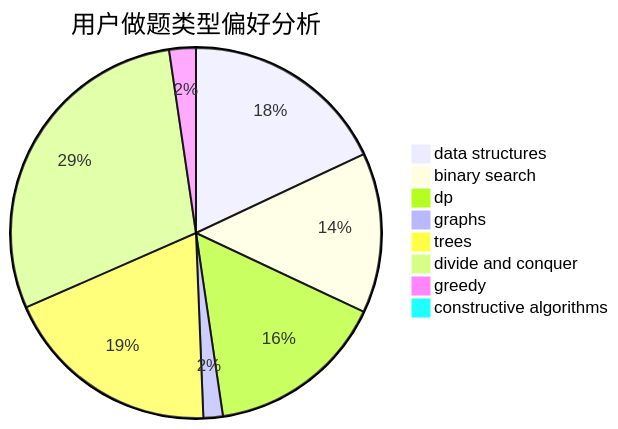
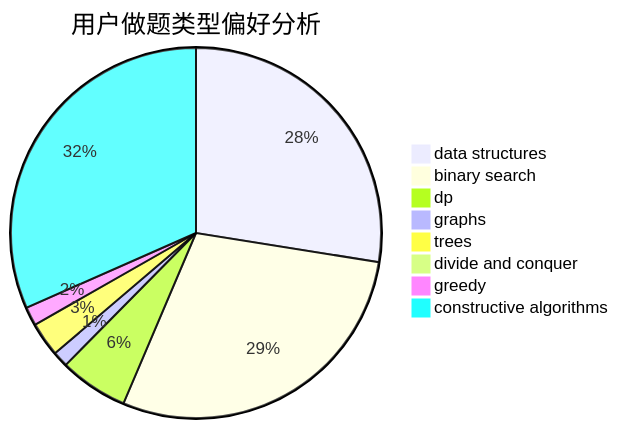
The second of 3 diagrams in docs/user/u879.md (sherpahu/cfrs.github.io), drawn with Mermaid before and after one commit. The commit also changed other lines of this file and 2770 other files, not shown here.

````diff
--- a/docs/user/u879.md
+++ b/docs/user/u879.md
@@ -23,11 +23,11 @@
 ```mermaid
 pie title 用户做题类型偏好分析
-    "data structures" :  85
-    "binary search" :  66
-    "dp" :  74
-    "graphs" :  8
-    "trees" :  90
-    "divide and conquer" :  138
-    "greedy" :  11
-    "constructive algorithms" :  4
+    "data structures" :  101
+    "binary search" :  106
+    "dp" :  22
+    "graphs" :  5
+    "trees" :  11
+    "divide and conquer" :  0
+    "greedy" :  6
+    "constructive algorithms" :  116
 ```
````
